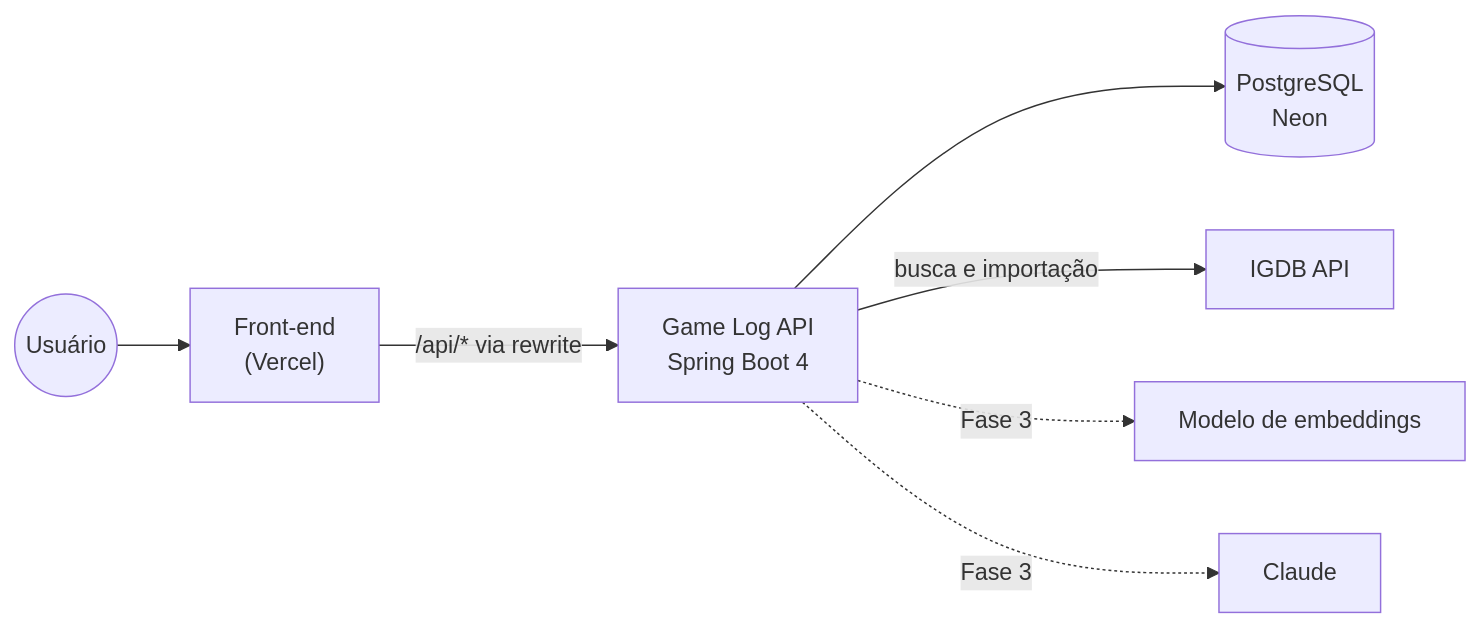
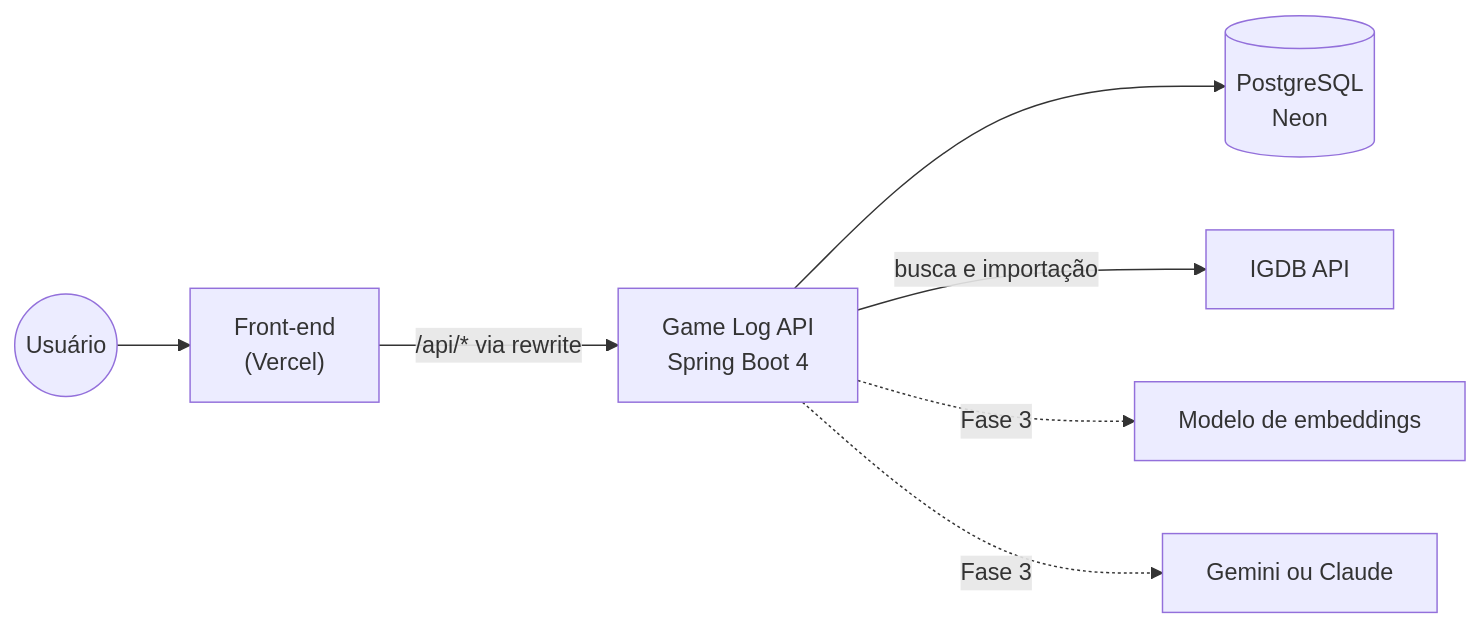
One commit to kauanunnes/game-log-backend changed the first of 2 diagrams in docs/05-arquitetura.md. Above: the diagram before and after it, drawn with Mermaid. The commit also changed other lines of this file and 7 other files, not shown here.

Commit message:
docs: Gemini is the default model for the suggestions, and Claude the other choice

````diff
--- a/docs/05-arquitetura.md
+++ b/docs/05-arquitetura.md
@@ -5,9 +5,9 @@
 ```mermaid
 flowchart LR
     user((Usuário)) --> front["Front-end<br/>(Vercel)"]
     front -->|"/api/* via rewrite"| api["Game Log API<br/>Spring Boot 4"]
     api --> db[("PostgreSQL<br/>Neon")]
     api -->|busca e importação| igdb[IGDB API]
     api -.->|Fase 3| emb[Modelo de embeddings]
-    api -.->|Fase 3| llm[Claude]
+    api -.->|Fase 3| llm[Gemini ou Claude]
 ```
````
